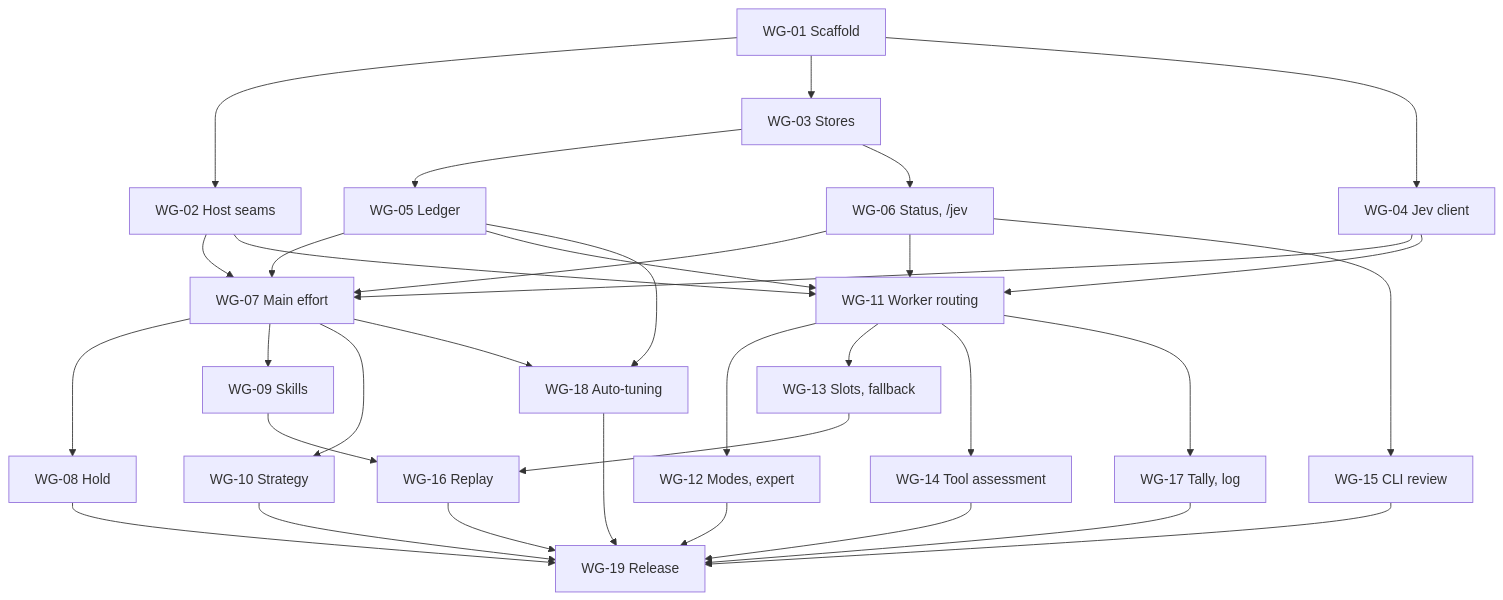
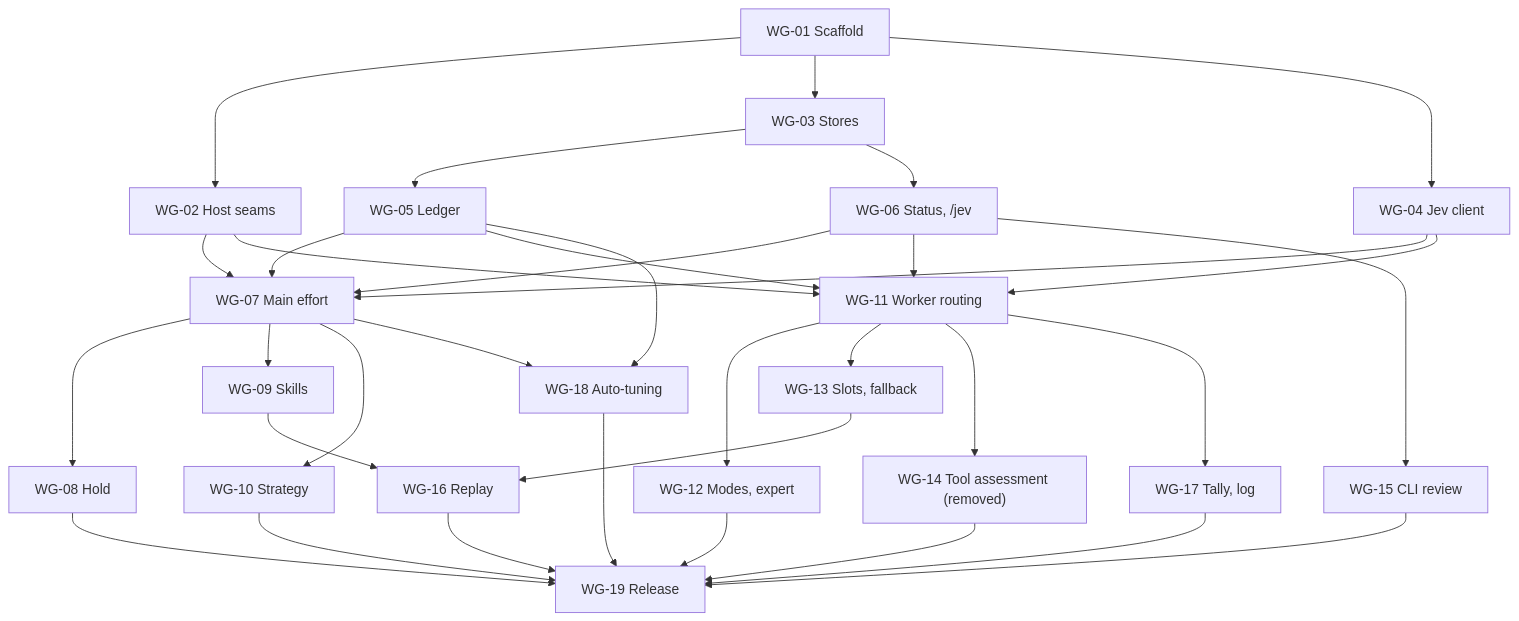
One commit to ttdua/pi-jev-pilot changed the diagram in docs/roadmap.md. Above: the diagram before and after it, drawn with Mermaid. The commit also changed other lines of this file and 95 other files, not shown here.

First line of the commit message:
feat(worker-routing): remove-tool-assessment (#89)

````diff
--- a/docs/roadmap.md
+++ b/docs/roadmap.md
@@ -31,40 +31,40 @@
 ```mermaid
 flowchart TD
     W1["WG-01 Scaffold"] --> W2["WG-02 Host seams"]
     W1 --> W3["WG-03 Stores"]
     W1 --> W4["WG-04 Jev client"]
     W3 --> W5["WG-05 Ledger"]
     W3 --> W6["WG-06 Status, /jev"]
 
     W2 --> W7["WG-07 Main effort"]
     W4 --> W7
     W5 --> W7
     W6 --> W7
     W7 --> W8["WG-08 Hold"]
     W7 --> W9["WG-09 Skills"]
     W7 --> W10["WG-10 Strategy"]
 
     W2 --> W11["WG-11 Worker routing"]
     W4 --> W11
     W5 --> W11
     W6 --> W11
     W11 --> W12["WG-12 Modes, expert"]
     W11 --> W13["WG-13 Slots, fallback"]
-    W11 --> W14["WG-14 Tool assessment"]
+    W11 --> W14["WG-14 Tool assessment (removed)"]
     W11 --> W17["WG-17 Tally, log"]
     W6 --> W15["WG-15 CLI review"]
 
     W9 --> W16["WG-16 Replay"]
     W13 --> W16
     W5 --> W18["WG-18 Auto-tuning"]
     W7 --> W18
 
     W8 --> W19["WG-19 Release"]
     W10 --> W19
     W12 --> W19
     W14 --> W19
     W15 --> W19
     W16 --> W19
     W17 --> W19
     W18 --> W19
 ```
````
